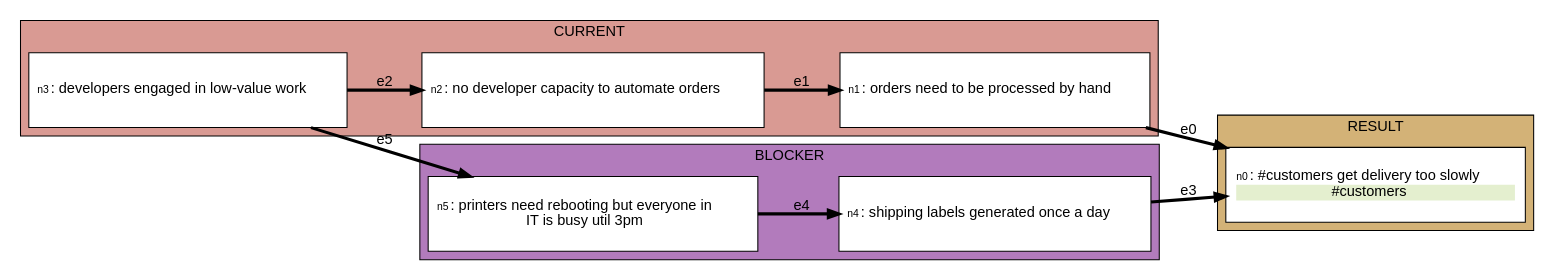
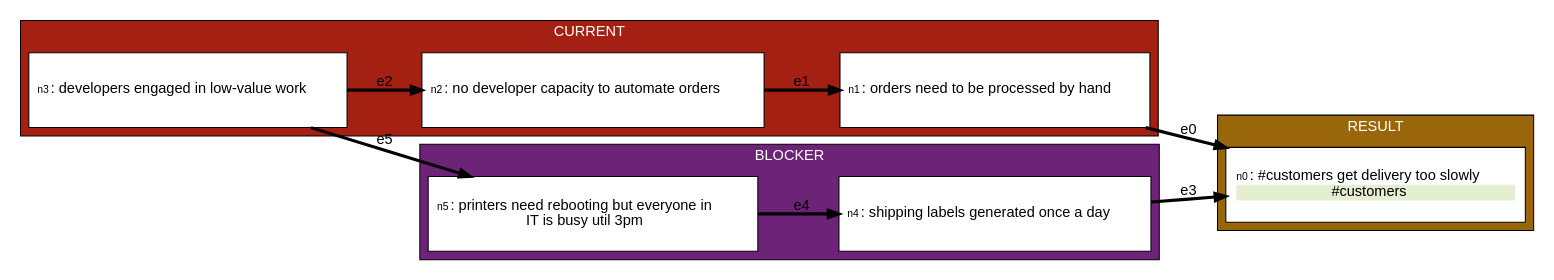
One commit to stevecooperorg/microdot changed the diagram in examples/business_example_1.dot. Above: the diagram before and after it, drawn with Graphviz. The commit also changed 12 other files, not shown here.

```diff
--- a/examples/business_example_1.dot
+++ b/examples/business_example_1.dot
@@ -1,75 +1,78 @@
 digraph {
 
     graph [fontname = "helvetica" rankdir="LR" ranksep=0.75 nodesep=0.5];
     node [fontname = "helvetica" shape = "box" width=4 style=filled];
     edge [fontname = "helvetica" penwidth=3 color="#000000"];
 
   subgraph cluster_BLOCKER {
   label="BLOCKER"
-  bgcolor="#B27BBC"
+  bgcolor="#6C2378"
+  fontcolor="#FFFFFF"
     n4 [width=4 height=1 label=< <TABLE BORDER="0" CELLPADDING="0" CELLSPACING="0">
     <TR>
         <TD COLSPAN="1"><FONT POINT-SIZE="10">n4</FONT>: shipping labels generated once a day</TD>
     </TR>
     
    </TABLE>
 > fillcolor="#FFFFFF"]
     n5 [width=4 height=1 label=< <TABLE BORDER="0" CELLPADDING="0" CELLSPACING="0">
     <TR>
         <TD COLSPAN="1"><FONT POINT-SIZE="10">n5</FONT>: printers need rebooting but everyone in<br/>IT is busy util 3pm</TD>
     </TR>
     
    </TABLE>
 > fillcolor="#FFFFFF"]
   }
   subgraph cluster_CURRENT {
   label="CURRENT"
-  bgcolor="#D99A93"
+  bgcolor="#A32012"
+  fontcolor="#FFFFFF"
     n1 [width=4 height=1 label=< <TABLE BORDER="0" CELLPADDING="0" CELLSPACING="0">
     <TR>
         <TD COLSPAN="1"><FONT POINT-SIZE="10">n1</FONT>: orders need to be processed by hand</TD>
     </TR>
     
    </TABLE>
 > fillcolor="#FFFFFF"]
     n2 [width=4 height=1 label=< <TABLE BORDER="0" CELLPADDING="0" CELLSPACING="0">
     <TR>
         <TD COLSPAN="1"><FONT POINT-SIZE="10">n2</FONT>: no developer capacity to automate orders</TD>
     </TR>
     
    </TABLE>
 > fillcolor="#FFFFFF"]
     n3 [width=4 height=1 label=< <TABLE BORDER="0" CELLPADDING="0" CELLSPACING="0">
     <TR>
         <TD COLSPAN="1"><FONT POINT-SIZE="10">n3</FONT>: developers engaged in low-value work</TD>
     </TR>
     
    </TABLE>
 > fillcolor="#FFFFFF"]
   }
   subgraph cluster_RESULT {
   label="RESULT"
-  bgcolor="#D3B277"
+  bgcolor="#99660C"
+  fontcolor="#FFFFFF"
     n0 [width=4 height=1 label=< <TABLE BORDER="0" CELLPADDING="0" CELLSPACING="0">
     <TR>
         <TD COLSPAN="1"><FONT POINT-SIZE="10">n0</FONT>: #customers get delivery too slowly</TD>
     </TR>
     
         
            <TR>
-<TD BGCOLOR="#E4EFCF"><FONT COLOR="#000000">#customers</FONT></TD>
+<TD BGCOLOR="#E4EFCF">#customers</TD>
 </TR>
         
     
    </TABLE>
 > fillcolor="#FFFFFF"]
   }
 
     "n1" -> "n0" [label="e0"];
     "n2" -> "n1" [label="e1"];
     "n3" -> "n2" [label="e2"];
     "n4" -> "n0" [label="e3"];
     "n5" -> "n4" [label="e4"];
     "n3" -> "n5" [label="e5"];
 
 }
```
